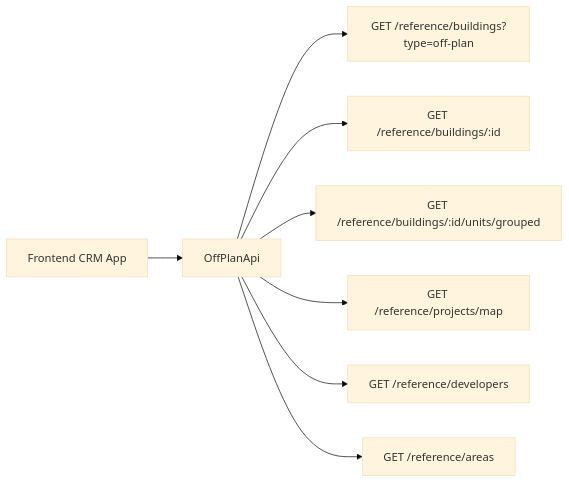
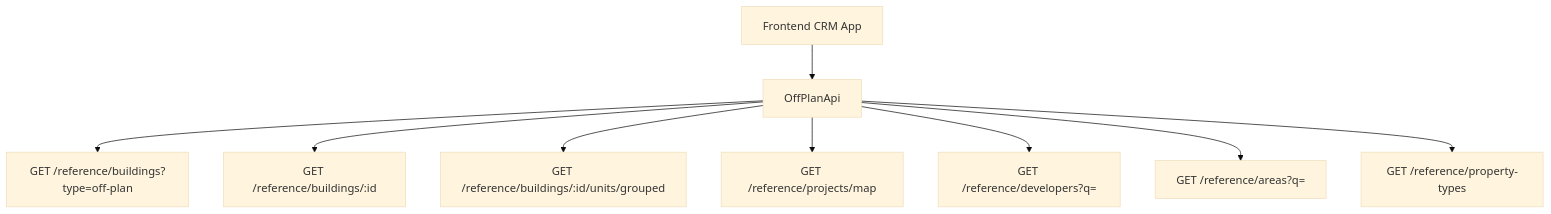
One commit to tech-propwise-org/docs changed the diagram in backend/real-estate/off-plan-directory-implementation.mdx. Above: the diagram before and after it, drawn with Mermaid (base theme). The commit also changed other lines of this file and 22 other files, not shown here.

````diff
--- a/backend/real-estate/off-plan-directory-implementation.mdx
+++ b/backend/real-estate/off-plan-directory-implementation.mdx
@@ -35,10 +32,11 @@
 ```mermaid
-graph LR
+graph TD
     A[Frontend CRM App] --> B[OffPlanApi]
     B --> C[GET /reference/buildings?type=off-plan]
     B --> D[GET /reference/buildings/:id]
     B --> E[GET /reference/buildings/:id/units/grouped]
     B --> F[GET /reference/projects/map]
-    B --> G[GET /reference/developers]
-    B --> H[GET /reference/areas]
+    B --> G[GET /reference/developers?q=]
+    B --> H[GET /reference/areas?q=]
+    B --> I[GET /reference/property-types]
 ```
````
